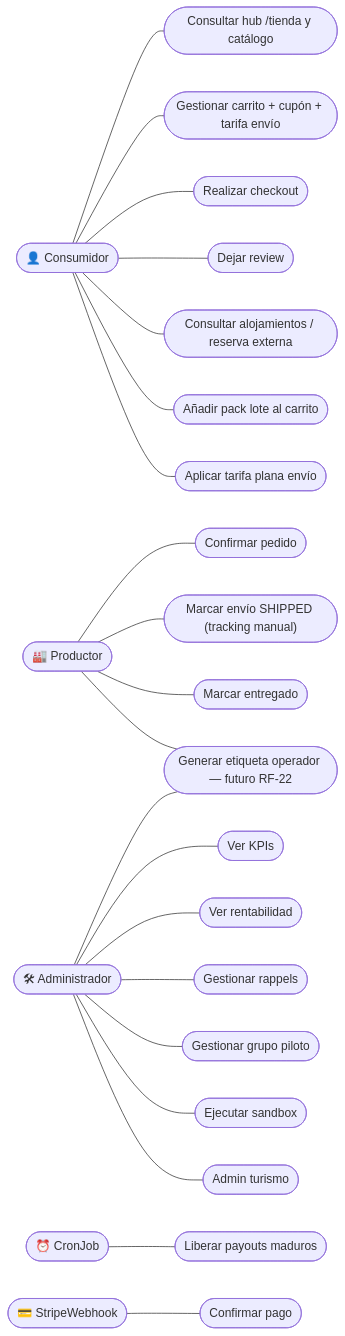
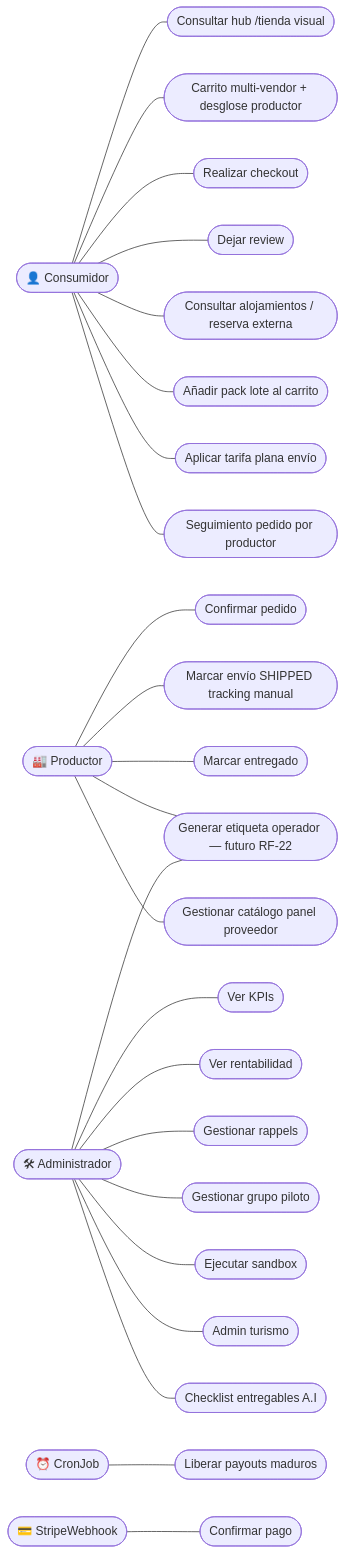
One commit to gracobjo/culebra changed the second of 8 diagrams in docs/Requisitos_Funcionales_NoFuncionales_UseCases_UML.md. Above: the diagram before and after it, drawn with Mermaid. The commit also changed other lines of this file, not shown here.

````diff
--- a/docs/Requisitos_Funcionales_NoFuncionales_UseCases_UML.md
+++ b/docs/Requisitos_Funcionales_NoFuncionales_UseCases_UML.md
@@ -509,55 +637,61 @@
 ```mermaid
 flowchart LR
   %% Actores
   Consumidor(["👤 Consumidor"])
   Productor(["🏭 Productor"])
   Admin(["🛠 Administrador"])
   Cron(["⏰ CronJob"])
   Stripe(["💳 StripeWebhook"])
 
   %% Casos de uso (elipses)
-  UC01(["Consultar hub /tienda y catálogo"])
-  UC02(["Gestionar carrito + cupón + tarifa envío"])
+  UC01(["Consultar hub /tienda visual"])
+  UC02(["Carrito multi-vendor + desglose productor"])
   UC03(["Realizar checkout"])
   UC04(["Dejar review"])
   UC05(["Confirmar pedido"])
-  UC06(["Marcar envío SHIPPED (tracking manual)"])
+  UC06(["Marcar envío SHIPPED tracking manual"])
   UC07(["Marcar entregado"])
   UC08(["Ver KPIs"])
   UC09(["Ver rentabilidad"])
   UC10(["Gestionar rappels"])
   UC11(["Gestionar grupo piloto"])
   UC12(["Ejecutar sandbox"])
   UC13(["Confirmar pago"])
   UC14(["Liberar payouts maduros"])
   UC15(["Consultar alojamientos / reserva externa"])
   UC16(["Añadir pack lote al carrito"])
   UC17(["Admin turismo"])
   UC18(["Aplicar tarifa plana envío"])
+  UC18b(["Seguimiento pedido por productor"])
   UC19(["Generar etiqueta operador — futuro RF-22"])
+  UC20(["Checklist entregables A.I"])
+  UC21(["Gestionar catálogo panel proveedor"])
 
   %% Relaciones
   Consumidor --- UC01
   Consumidor --- UC02
   Consumidor --- UC03
   Consumidor --- UC04
   Consumidor --- UC15
   Consumidor --- UC16
   Consumidor --- UC18
+  Consumidor --- UC18b
 
   Productor --- UC05
   Productor --- UC06
   Productor --- UC07
   Productor --- UC19
+  Productor --- UC21
 
   Admin --- UC08
   Admin --- UC09
   Admin --- UC10
   Admin --- UC11
   Admin --- UC12
   Admin --- UC17
   Admin --- UC19
+  Admin --- UC20
 
   Stripe --- UC13
   Cron   --- UC14
 ```
````
